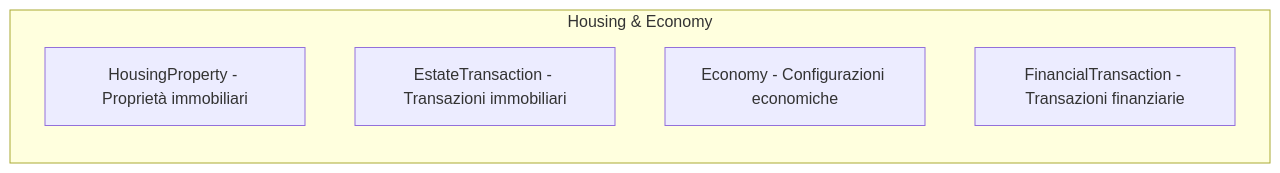
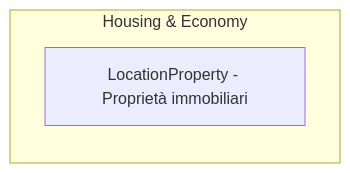
Before and after one commit to pagliagen/tenpennynovels: the fourth of 13 diagrams in docs/01-infrastructure/mongodb-schemas.md, drawn with Mermaid. The commit also changed other lines of this file and 86 other files, not shown here.

````diff
--- a/docs/01-infrastructure/mongodb-schemas.md
+++ b/docs/01-infrastructure/mongodb-schemas.md
@@ -58,9 +56,6 @@
 ```mermaid
 flowchart LR
     subgraph Housing["Housing & Economy"]
-        HousingProperty[HousingProperty - Proprietà immobiliari]
-        EstateTransaction[EstateTransaction - Transazioni immobiliari]
-        Economy[Economy - Configurazioni economiche]
-        FinancialTransaction[FinancialTransaction - Transazioni finanziarie]
+        LocationProperty[LocationProperty - Proprietà immobiliari]
     end
 ```
````
